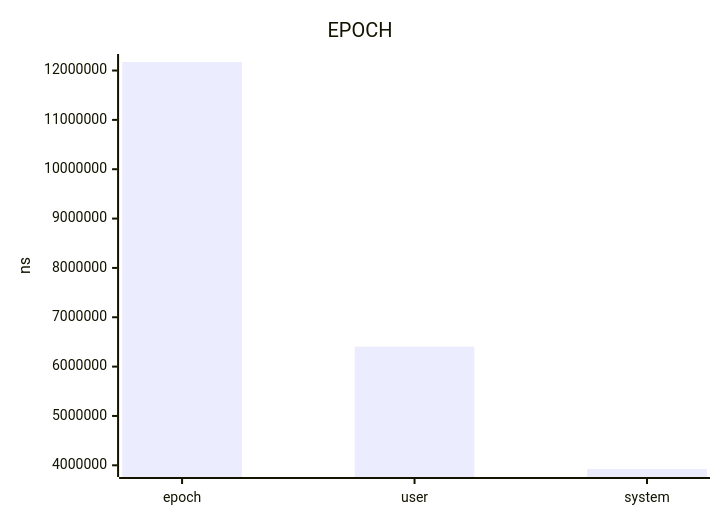
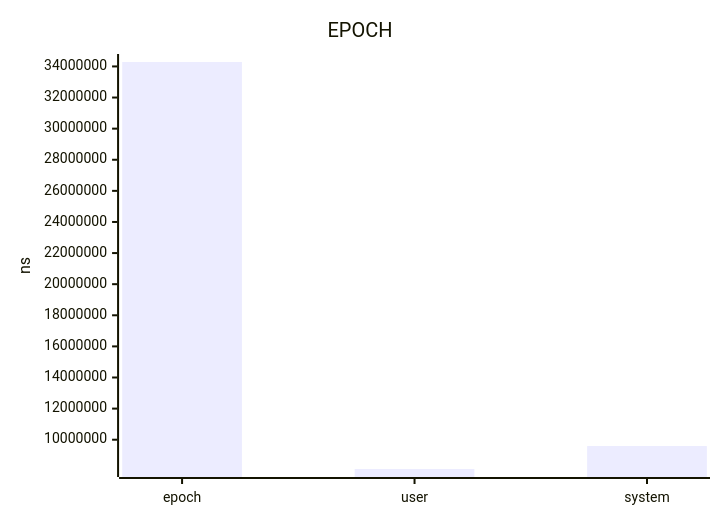
Before and after one commit to jrengmusic/saw: the diagram in benchmark/saw-lines-vs-awk-report.md, drawn with Mermaid. The commit also changed other lines of this file and 434 other files, not shown here.

````diff
--- a/benchmark/saw-lines-vs-awk-report.md
+++ b/benchmark/saw-lines-vs-awk-report.md
@@ -21,7 +26,7 @@
 ```mermaid
 xychart-beta
 title "EPOCH"
 x-axis ["epoch", "user", "system"]
 y-axis "ns"
-bar [12172916.66666666604578495, 6406000.00000000000000000, 3925000.00000000000000000]
+bar [34284916.66666666418313980, 8117000.00000000000000000, 9593000.00000000000000000]
 ```
````
